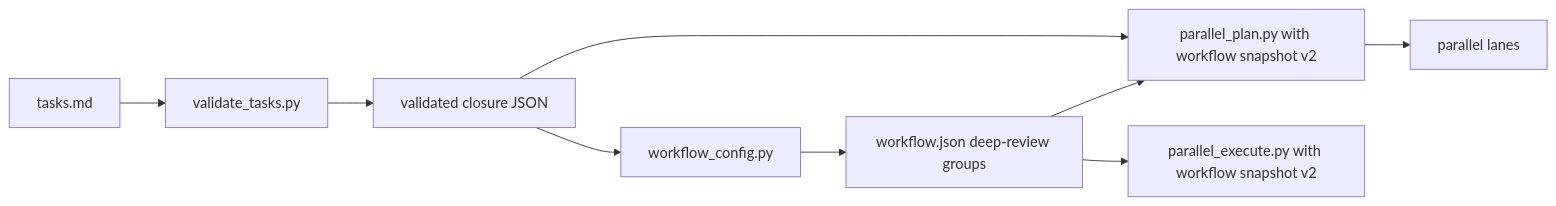
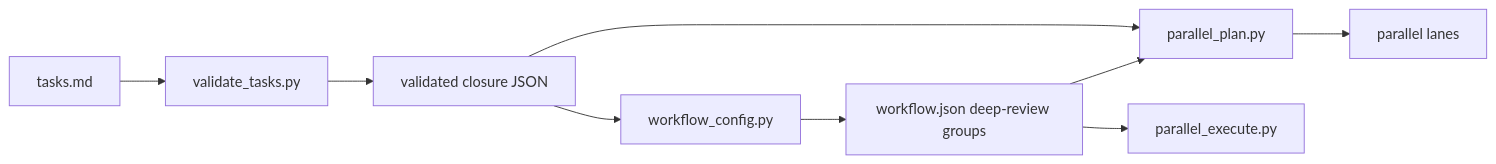
The diagram in .specs/features/merge-alone-slices/design.md (antoniofulg/my-workflow), drawn with Mermaid before and after one commit. The commit also changed other lines of this file and 17 other files, not shown here.

````diff
--- a/.specs/features/merge-alone-slices/design.md
+++ b/.specs/features/merge-alone-slices/design.md
@@ -19,11 +19,11 @@
 ```mermaid
 flowchart LR
     T[tasks.md] --> V[validate_tasks.py]
     V --> C[validated closure JSON]
     C --> W[workflow_config.py]
-    C --> P[parallel_plan.py with workflow snapshot v2]
+    C --> P[parallel_plan.py]
     W --> S[workflow.json deep-review groups]
     P --> L[parallel lanes]
     S --> P
-    S --> E[parallel_execute.py with workflow snapshot v2]
+    S --> E[parallel_execute.py]
 ```
````
